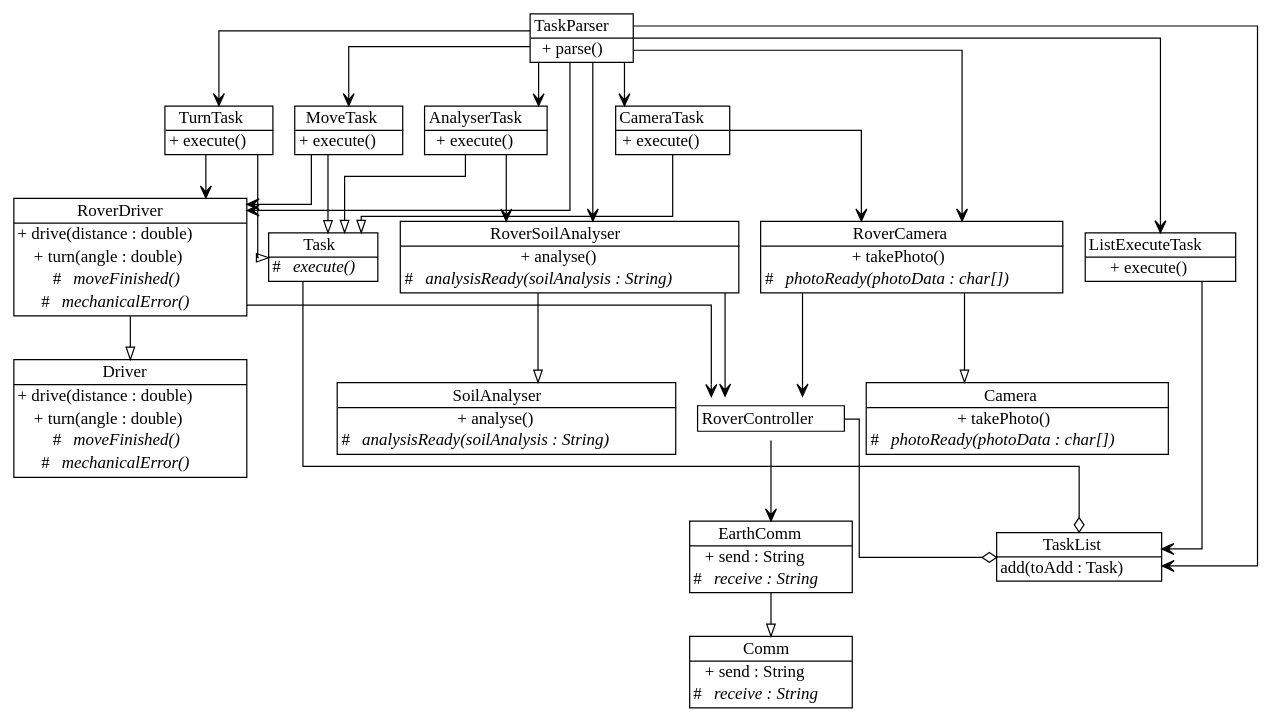
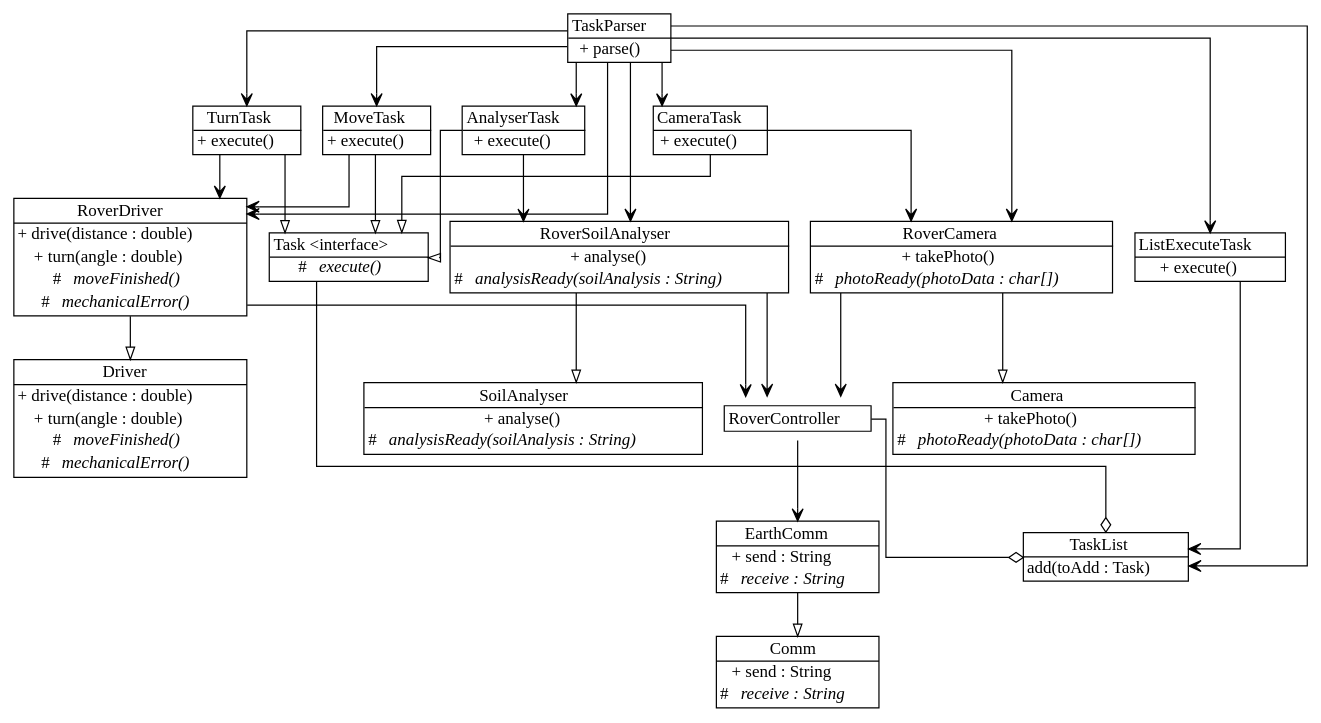
One commit to LuminousMonkey/SE200-Assignment-2014-S2 changed the diagram in doc/assignment.dot. Above: the diagram before and after it, drawn with Graphviz. The commit also changed 15 other files, not shown here.

```diff
--- a/doc/assignment.dot
+++ b/doc/assignment.dot
@@ -92,7 +92,7 @@
 
         Task [
                label = <<table border="1" cellborder="0" cellspacing="0">
-                               <tr><td>Task</td></tr>
+                               <tr><td>Task &lt;interface&gt;</td></tr>
                                <hr/>
                                <tr><td># <i>execute()</i></td></tr>
                         </table>>
```
